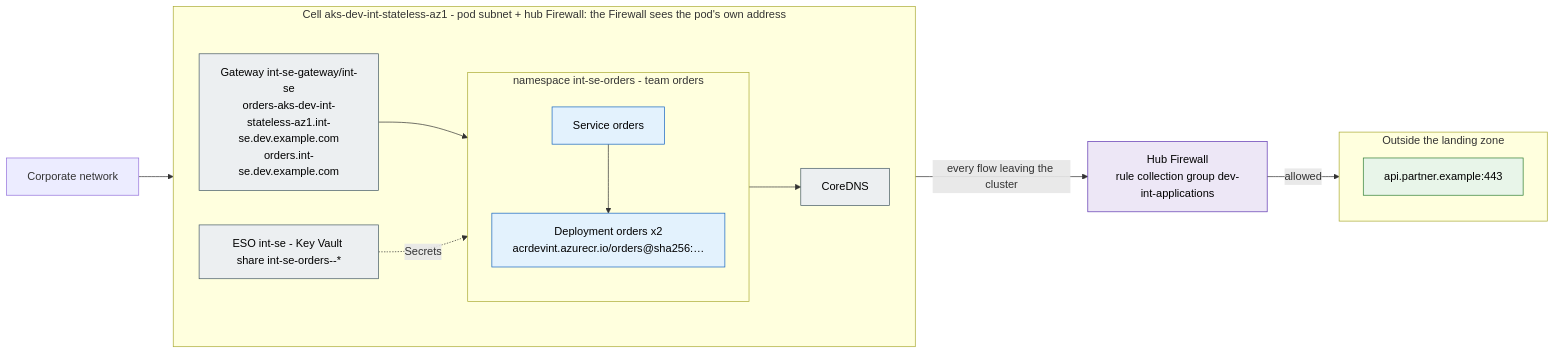
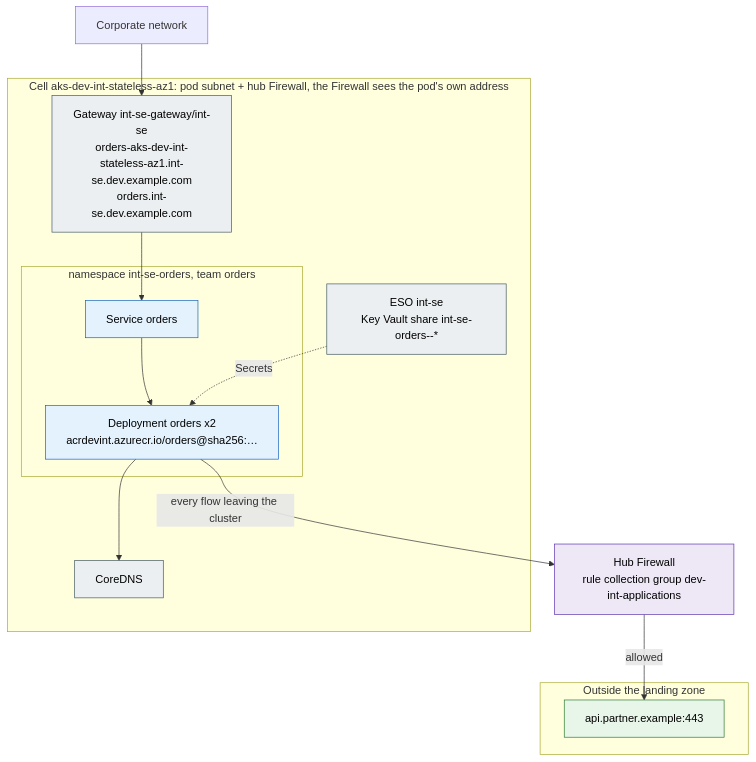
One commit to onek8s/onek8s.github.io changed the diagram in diagrams/5.2-example-application.mmd. Above: the diagram before and after it, drawn with Mermaid. The commit also changed 69 other files, not shown here.

```diff
--- a/diagrams/5.2-example-application.mmd
+++ b/diagrams/5.2-example-application.mmd
@@ -1,39 +1,36 @@
 %% Example of a generated per-application picture (section 5.2): int-se-orders in an internal dev cell where the hub
 %% Firewall decides egress (D61). Names and addresses are examples.
-flowchart LR
+flowchart TB
     client["Corporate network"]
-    subgraph CELL["Cell aks-dev-int-stateless-az1 - pod subnet + hub Firewall: the Firewall sees the pod's own address"]
-        direction LR
+    subgraph CELL["Cell aks-dev-int-stateless-az1: pod subnet + hub Firewall, the Firewall sees the pod's own address"]
         gw["Gateway int-se-gateway/int-se<br/>orders-aks-dev-int-stateless-az1.int-se.dev.example.com<br/>orders.int-se.dev.example.com"]
-        subgraph NS["namespace int-se-orders - team orders"]
-            direction TB
+        subgraph NS["namespace int-se-orders, team orders"]
             svc_orders["Service orders"]
             wl_orders["Deployment orders x2<br/>acrdevint.azurecr.io/orders@sha256:…"]
         end
         dns["CoreDNS"]
-        eso["ESO int-se - Key Vault share int-se-orders--*"]
+        eso["ESO int-se<br/>Key Vault share int-se-orders--*"]
     end
     fw["Hub Firewall<br/>rule collection group dev-int-applications"]
     subgraph OUT["Outside the landing zone"]
-        direction TB
         d_api_partner_example["api.partner.example:443"]
     end
     client --> gw
     gw --> svc_orders
     svc_orders --> wl_orders
     wl_orders --> dns
     eso -.->|"Secrets"| wl_orders
     wl_orders -->|"every flow leaving the cluster"| fw
     fw -->|"allowed"| d_api_partner_example
     classDef ns fill:#e3f2fd,stroke:#1565c0,color:#000
     classDef platform fill:#eceff1,stroke:#455a64,color:#000
     classDef fw fill:#ede7f6,stroke:#5e35b1,color:#000
     classDef allowed fill:#e8f5e9,stroke:#2e7d32,color:#000
     classDef unexplained fill:#fff8e1,stroke:#ef6c00,color:#000
     classDef missing fill:#ffebee,stroke:#c62828,color:#000,stroke-dasharray: 5 5
     classDef proposed fill:#f3e5f5,stroke:#7b1fa2,color:#000,stroke-dasharray: 5 5
     classDef zone fill:#e0f2f1,stroke:#00695c,color:#000
     class gw,dns,eso platform
     class fw fw
     class svc_orders,wl_orders ns
     class d_api_partner_example allowed
```
